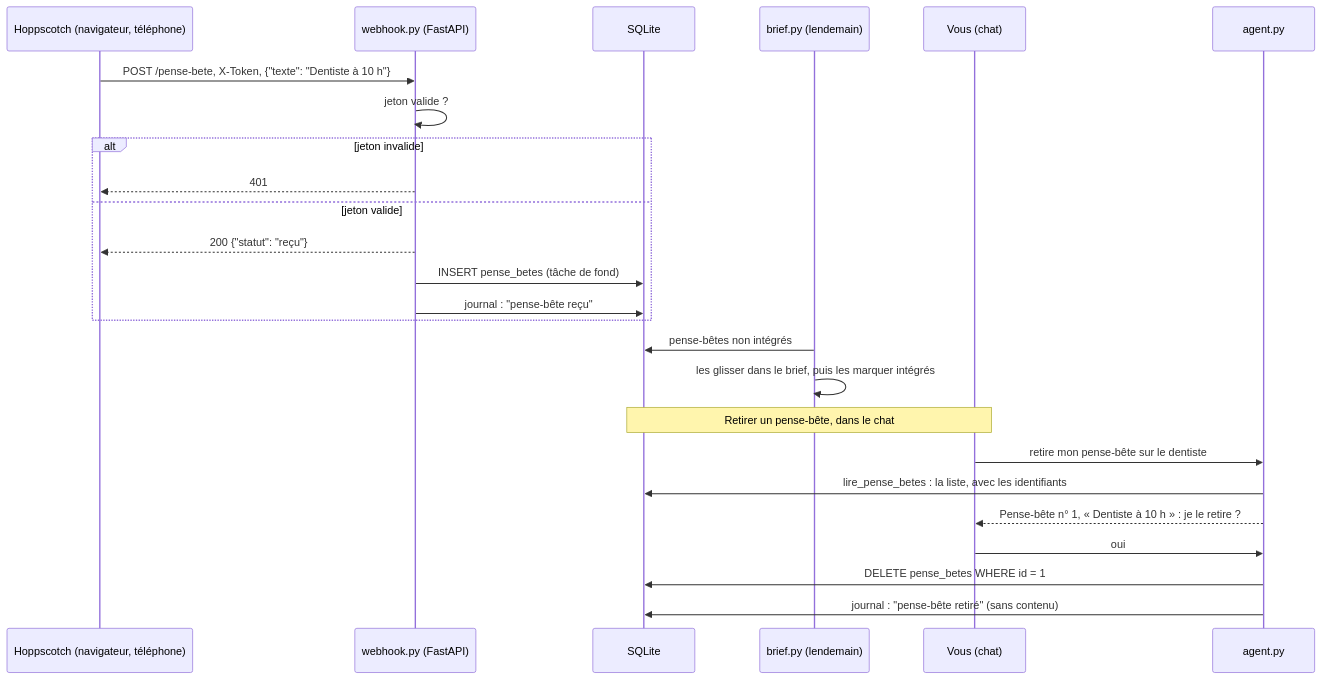
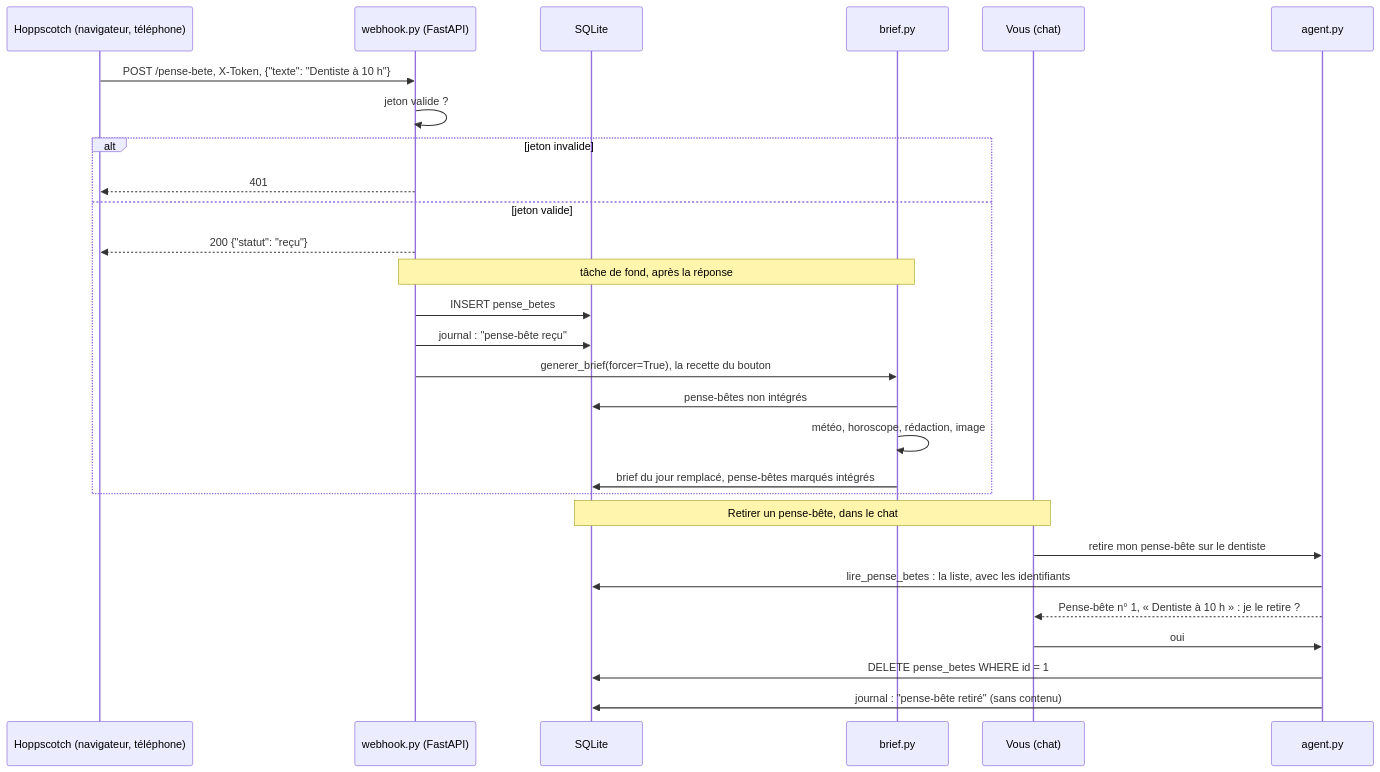
Diagram 39 of 44 in tuto-goodvibe-vibecoding.md (lecinquiemejour-code/goodvibe-tuto), drawn with Mermaid before and after one commit. The commit also changed other lines of this file and 2 other files, not shown here.

First line of the commit message:
docs: le pense-bête refait le brief du jour, cycle complet (fiche 14, section 2.2, glossaire, PRD, présentation)

````diff
--- a/tuto-goodvibe-vibecoding.md
+++ b/tuto-goodvibe-vibecoding.md
@@ -1755,27 +1755,30 @@
 ```mermaid
 sequenceDiagram
     participant X as Hoppscotch (navigateur, téléphone)
     participant W as webhook.py (FastAPI)
     participant D as SQLite
-    participant B as brief.py (lendemain)
+    participant B as brief.py
     X->>W: POST /pense-bete, X-Token, {"texte": "Dentiste à 10 h"}
     W->>W: jeton valide ?
     alt jeton invalide
         W-->>X: 401
     else jeton valide
         W-->>X: 200 {"statut": "reçu"}
-        W->>D: INSERT pense_betes (tâche de fond)
+        Note over W,B: tâche de fond, après la réponse
+        W->>D: INSERT pense_betes
         W->>D: journal : "pense-bête reçu"
+        W->>B: generer_brief(forcer=True), la recette du bouton
+        B->>D: pense-bêtes non intégrés
+        B->>B: météo, horoscope, rédaction, image
+        B->>D: brief du jour remplacé, pense-bêtes marqués intégrés
     end
-    B->>D: pense-bêtes non intégrés
-    B->>B: les glisser dans le brief, puis les marquer intégrés
     participant U as Vous (chat)
     participant A as agent.py
     Note over U,D: Retirer un pense-bête, dans le chat
     U->>A: retire mon pense-bête sur le dentiste
     A->>D: lire_pense_betes : la liste, avec les identifiants
     A-->>U: Pense-bête n° 1, « Dentiste à 10 h » : je le retire ?
     U->>A: oui
     A->>D: DELETE pense_betes WHERE id = 1
     A->>D: journal : "pense-bête retiré" (sans contenu)
 ```
````
